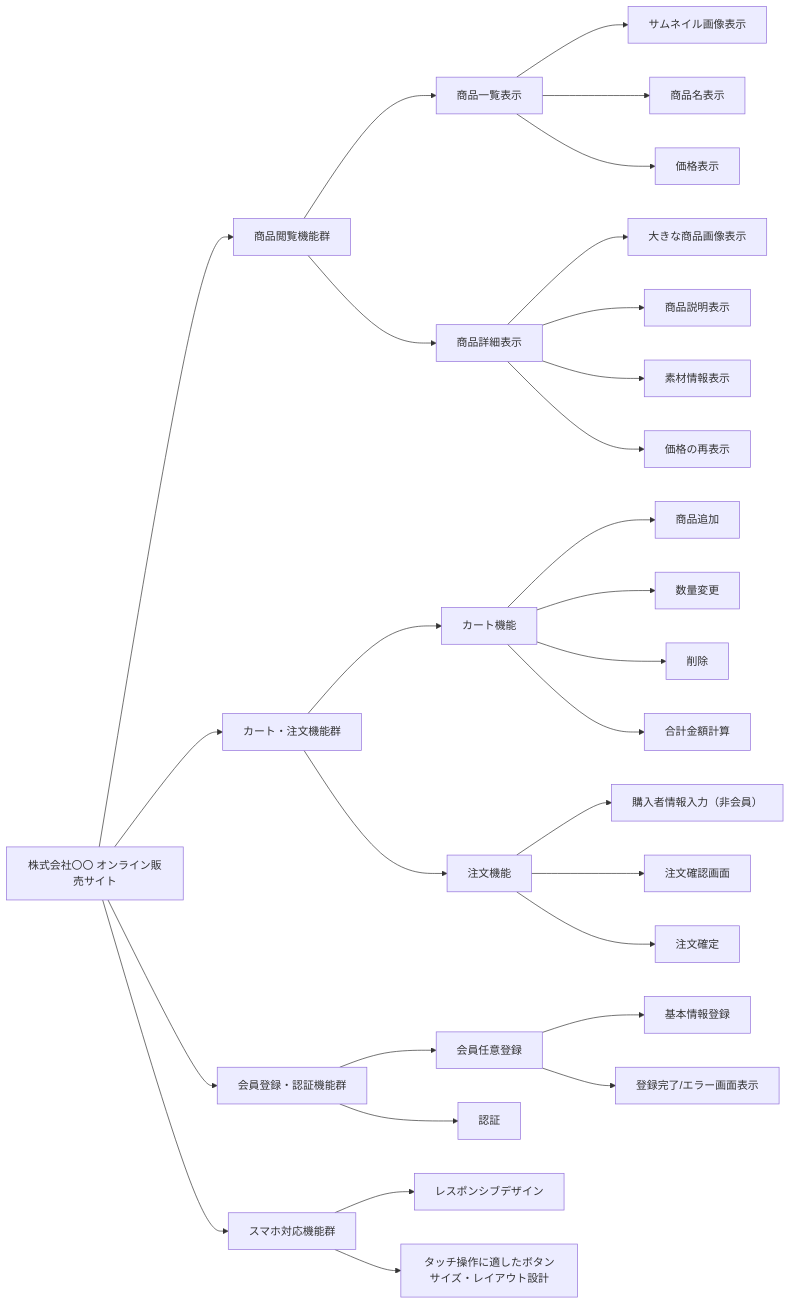
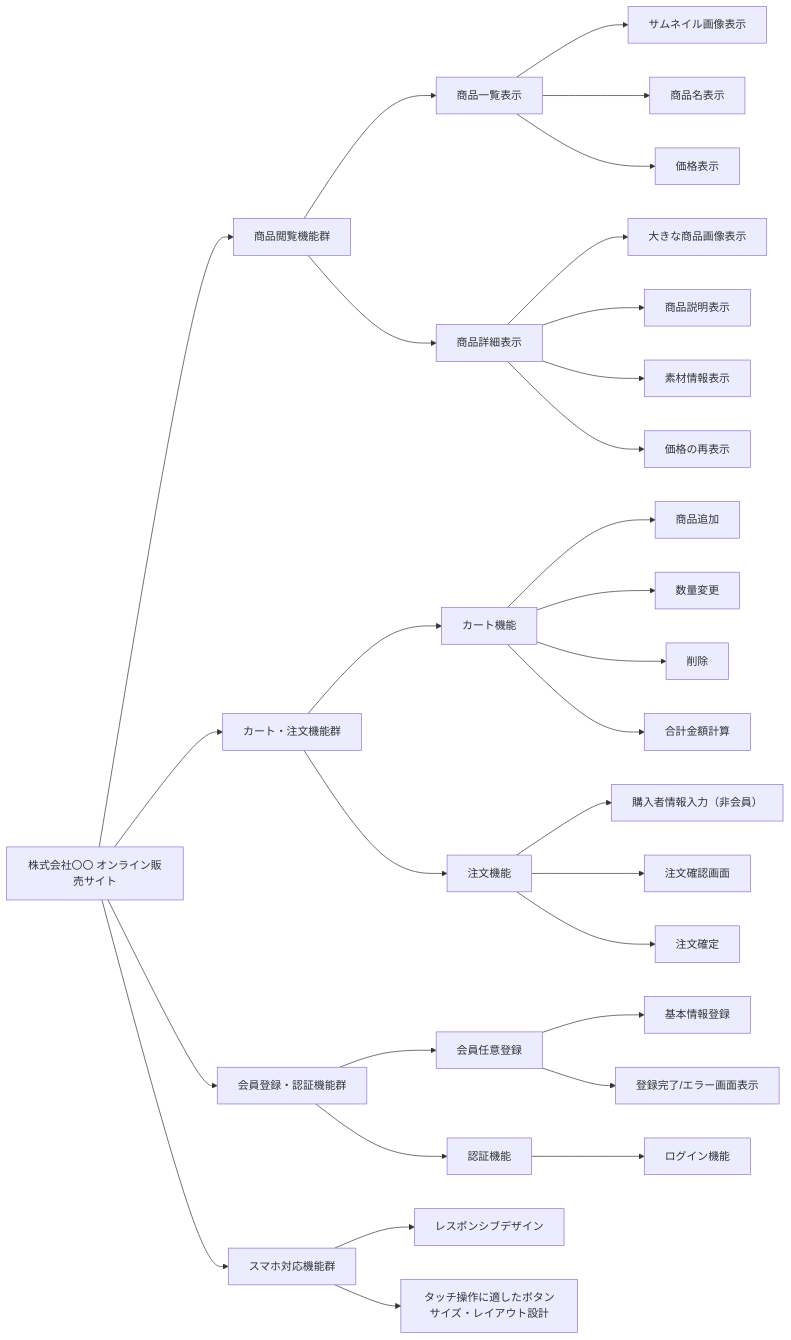
One commit to ainaga09/ACE changed the first of 3 diagrams in 基本設計/機能設計/機能設計.md. Above: the diagram before and after it, drawn with Mermaid. The commit also changed other lines of this file and 1 other file, not shown here.

```diff
--- a/基本設計/機能設計/機能設計.md
+++ b/基本設計/機能設計/機能設計.md
@@ -50,51 +51,52 @@
 <div class="mermaid">
 graph LR
     ECサイト[株式会社〇〇 オンライン販売サイト]
  
     %% 大分類
     ECサイト --> F1[商品閲覧機能群]
     ECサイト --> F2[カート・注文機能群]
     ECサイト --> F3[会員登録・認証機能群]
     ECサイト --> F4[スマホ対応機能群]
  
     %% 商品閲覧機能
     F1 --> F1_1[商品一覧表示]
     F1 --> F1_2[商品詳細表示]
  
     %% 商品一覧表示の子機能
     F1_1 --> F1_1_1[サムネイル画像表示]
     F1_1 --> F1_1_2[商品名表示]
     F1_1 --> F1_1_3[価格表示]
  
     %% 商品詳細表示の子機能
     F1_2 --> F1_2_1[大きな商品画像表示]
     F1_2 --> F1_2_2[商品説明表示]
     F1_2 --> F1_2_3[素材情報表示]
     F1_2 --> F1_2_4[価格の再表示]
  
     %% カート・注文機能群
     F2 --> F2_1[カート機能]
     F2 --> F2_2[注文機能]
  
     F2_1 --> F2_1_1[商品追加]
     F2_1 --> F2_1_2[数量変更]
     F2_1 --> F2_1_3[削除]
     F2_1 --> F2_1_4[合計金額計算]
  
     F2_2 --> F2_2_1[購入者情報入力（非会員）]
     F2_2 --> F2_2_2[注文確認画面]
     F2_2 --> F2_2_3[注文確定]
  
     %% 会員登録
     F3 --> F3_1[会員任意登録]
     F3_1 --> F3_1_1[基本情報登録]
     F3_1 --> F3_1_2[登録完了/エラー画面表示]
-    F3 --> F3_2[認証]
+    F3 --> F3_2[認証機能]
+    F3_2-->F3_2_1[ログイン機能]
 
     %% スマホ対応機能群
     F4 -->F4_1[レスポンシブデザイン]
     F4 -->F4_2[タッチ操作に適したボタンサイズ・レイアウト設計]
  
  　　
 
 </div>
```
